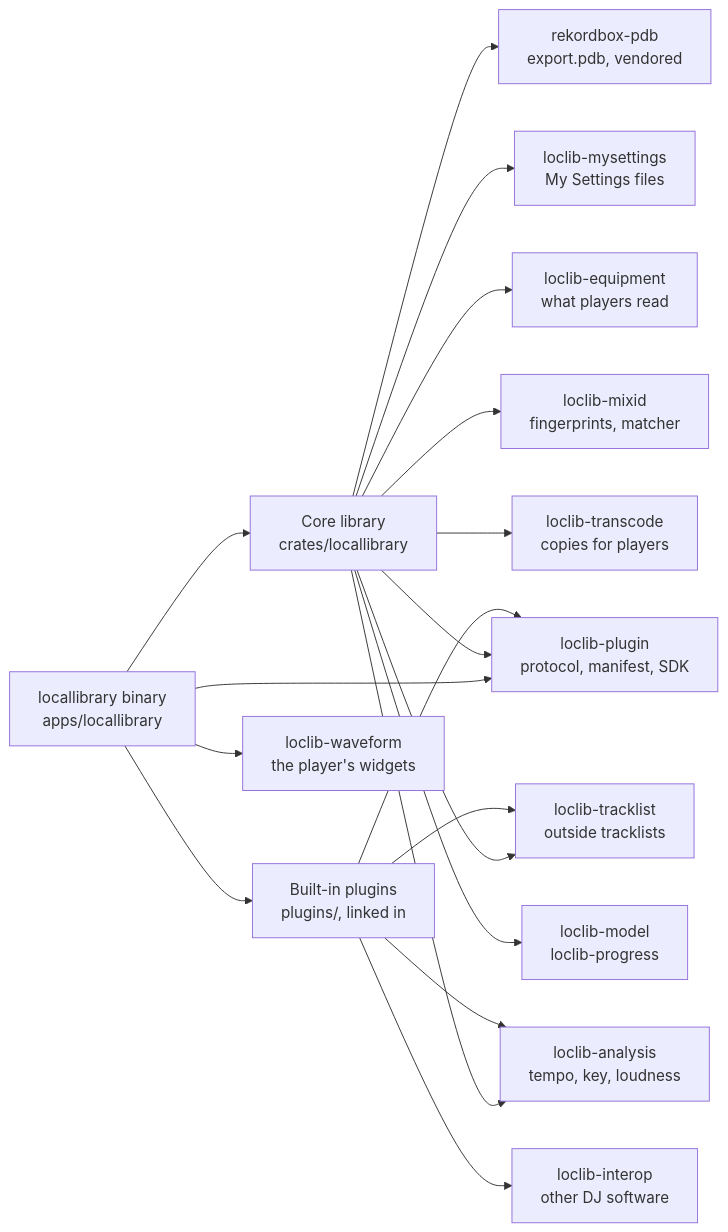
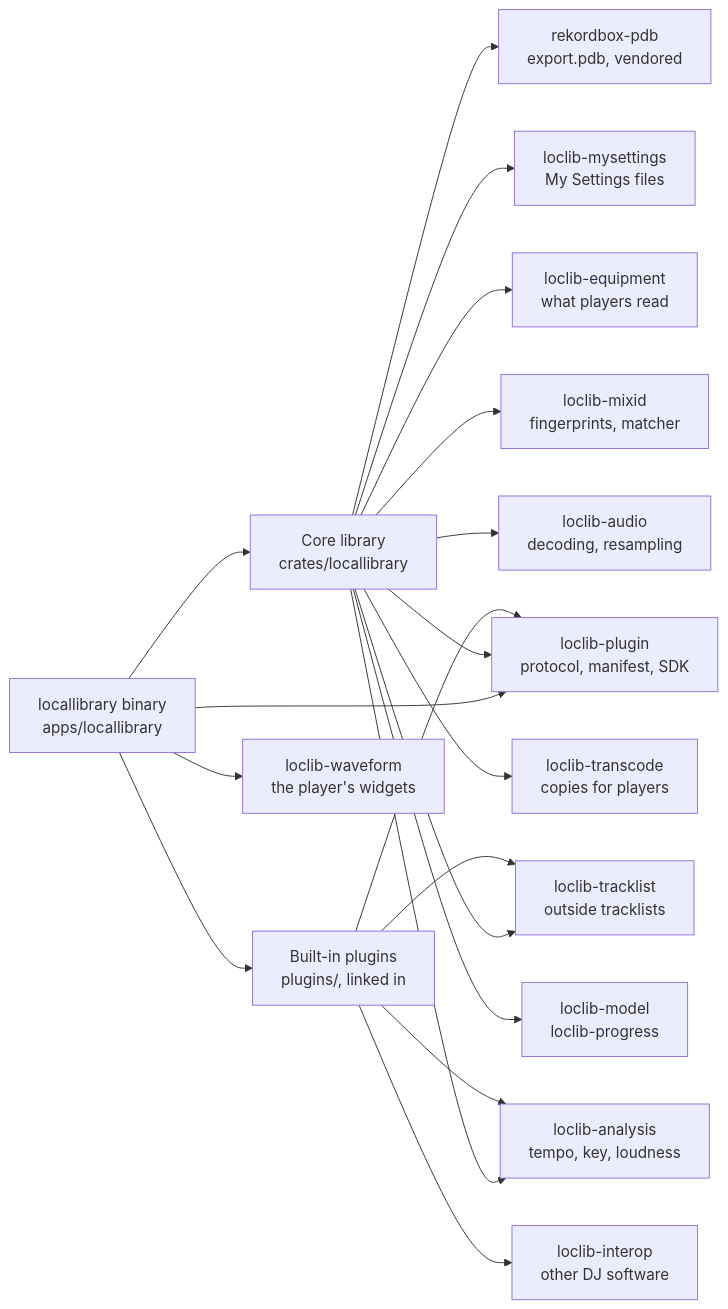
Before and after one commit to cutenode/localnetwork: the second of 11 diagrams in apps/locallibrary/README.md, drawn with Mermaid. The commit also changed other lines of this file and 70 other files, not shown here.

````diff
--- a/apps/locallibrary/README.md
+++ b/apps/locallibrary/README.md
@@ -277,20 +279,21 @@
 ```mermaid
 flowchart LR
     bin["locallibrary binary<br/>apps/locallibrary"] --> core["Core library<br/>crates/locallibrary"]
     bin --> plugins["Built-in plugins<br/>plugins/, linked in"]
     bin --> wave["loclib-waveform<br/>the player's widgets"]
     bin --> sdk["loclib-plugin<br/>protocol, manifest, SDK"]
     core --> sdk
     core --> pdb["rekordbox-pdb<br/>export.pdb, vendored"]
     core --> set["loclib-mysettings<br/>My Settings files"]
     core --> equip["loclib-equipment<br/>what players read"]
     core --> track["loclib-tracklist<br/>outside tracklists"]
     core --> mixid["loclib-mixid<br/>fingerprints, matcher"]
+    core --> audio["loclib-audio<br/>decoding, resampling"]
     core --> sound["loclib-analysis<br/>tempo, key, loudness"]
     core --> trans["loclib-transcode<br/>copies for players"]
     core --> model["loclib-model<br/>loclib-progress"]
     plugins --> sdk
     plugins --> interop["loclib-interop<br/>other DJ software"]
     plugins --> sound
     plugins --> track
 ```
````
